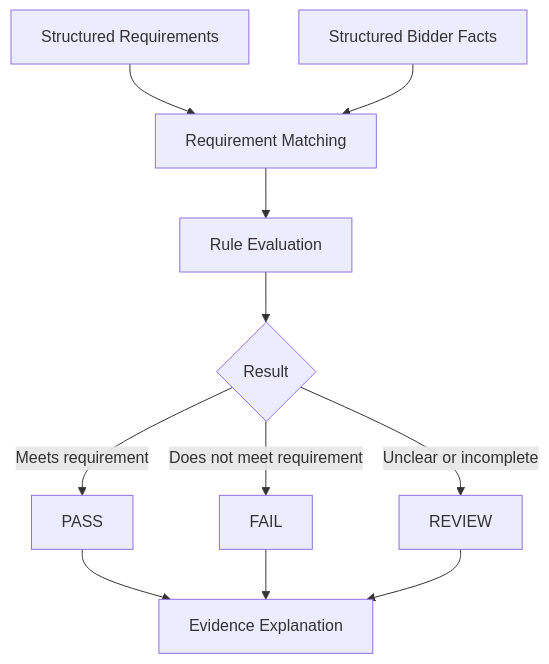
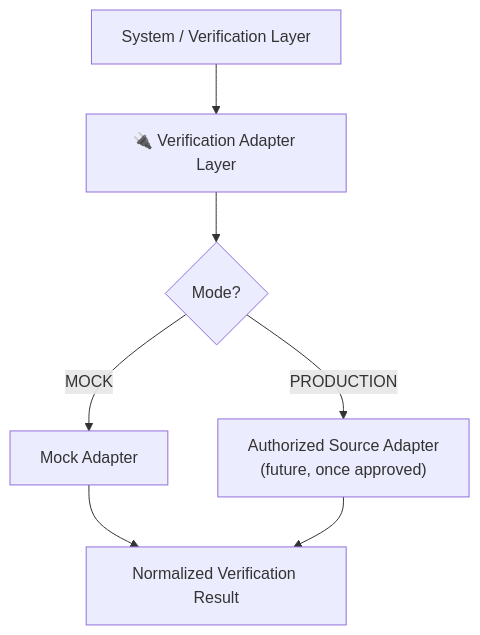
The fifth of 10 diagrams in Flow-Diagram.md (IshanWankhede/BidVerify-AI), drawn with Mermaid before and after one commit. The commit also changed other lines of this file and 5 other files, not shown here.

````diff
--- a/Flow-Diagram.md
+++ b/Flow-Diagram.md
@@ -70,13 +122,9 @@
 ```mermaid
 flowchart TD
-    A[Structured Requirements] --> C[Requirement Matching]
-    B[Structured Bidder Facts] --> C
-    C --> D[Rule Evaluation]
-    D --> E{Result}
-    E -->|Meets requirement| F[PASS]
-    E -->|Does not meet requirement| G[FAIL]
-    E -->|Unclear or incomplete| H[REVIEW]
-    F --> I[Evidence Explanation]
-    G --> I
-    H --> I
+    A[System / Verification Layer] --> B[🔌 Verification Adapter Layer]
+    B --> C{Mode?}
+    C -->|MOCK| D[Mock Adapter]
+    C -->|PRODUCTION| E["Authorized Source Adapter<br/>(future, once approved)"]
+    D --> F[Normalized Verification Result]
+    E --> F
 ```
````
